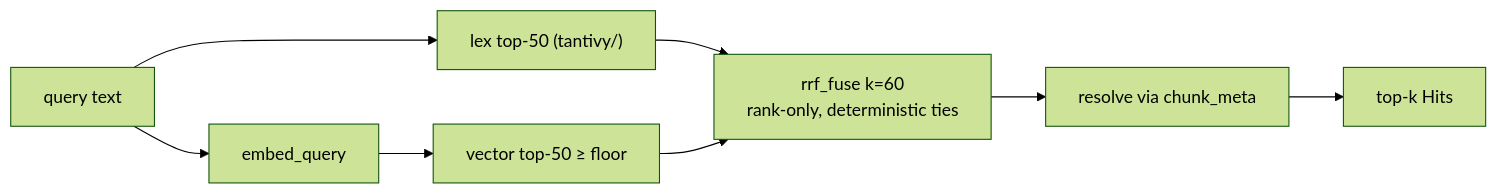
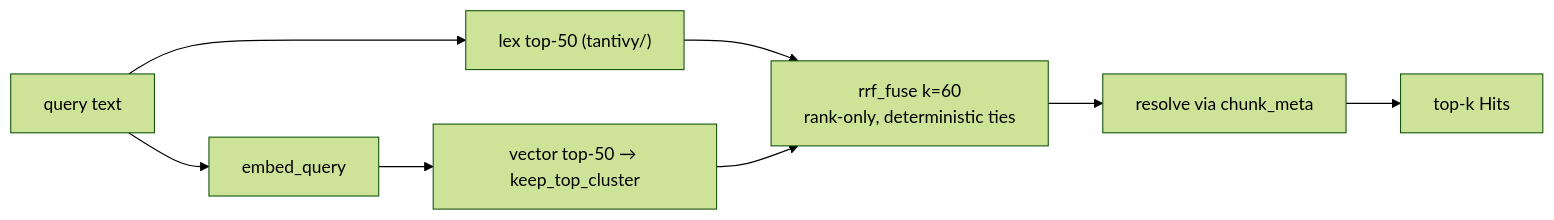
Before and after one commit to onebrain-ai/onebrain-cli: the seventh of 8 diagrams in docs/architecture/search.md, drawn with Mermaid (forest theme). The commit also changed other lines of this file, not shown here.

First line of the commit message:
docs(search): finish the vec_floor→keep_top_cluster sweep (missed diagram) (#184)

````diff
--- a/docs/architecture/search.md
+++ b/docs/architecture/search.md
@@ -383,8 +383,8 @@
 ```mermaid
 flowchart LR
     Q["query text"] --> LX["lex top-50 (tantivy/)"]
-    Q --> EMB["embed_query"] --> VC["vector top-50 ≥ floor"]
+    Q --> EMB["embed_query"] --> VC["vector top-50 → keep_top_cluster"]
     LX --> F["rrf_fuse k=60<br/>rank-only, deterministic ties"]
     VC --> F
     F --> RES["resolve via chunk_meta"] --> H["top-k Hits"]
 ```
````
